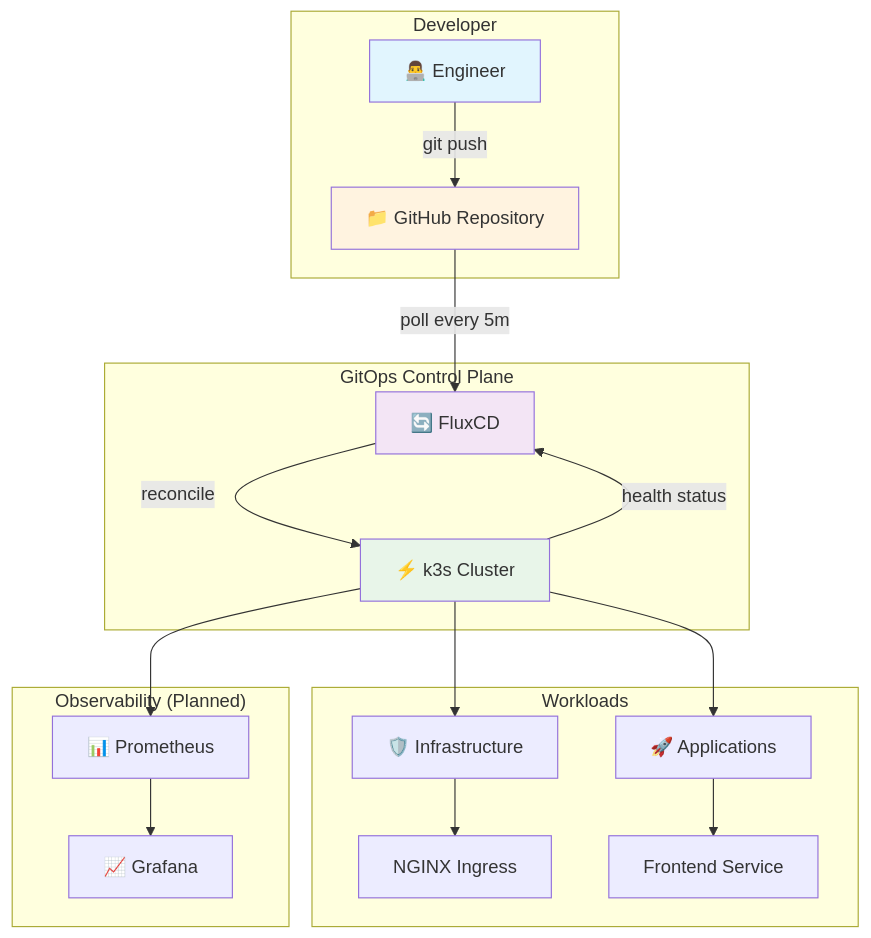
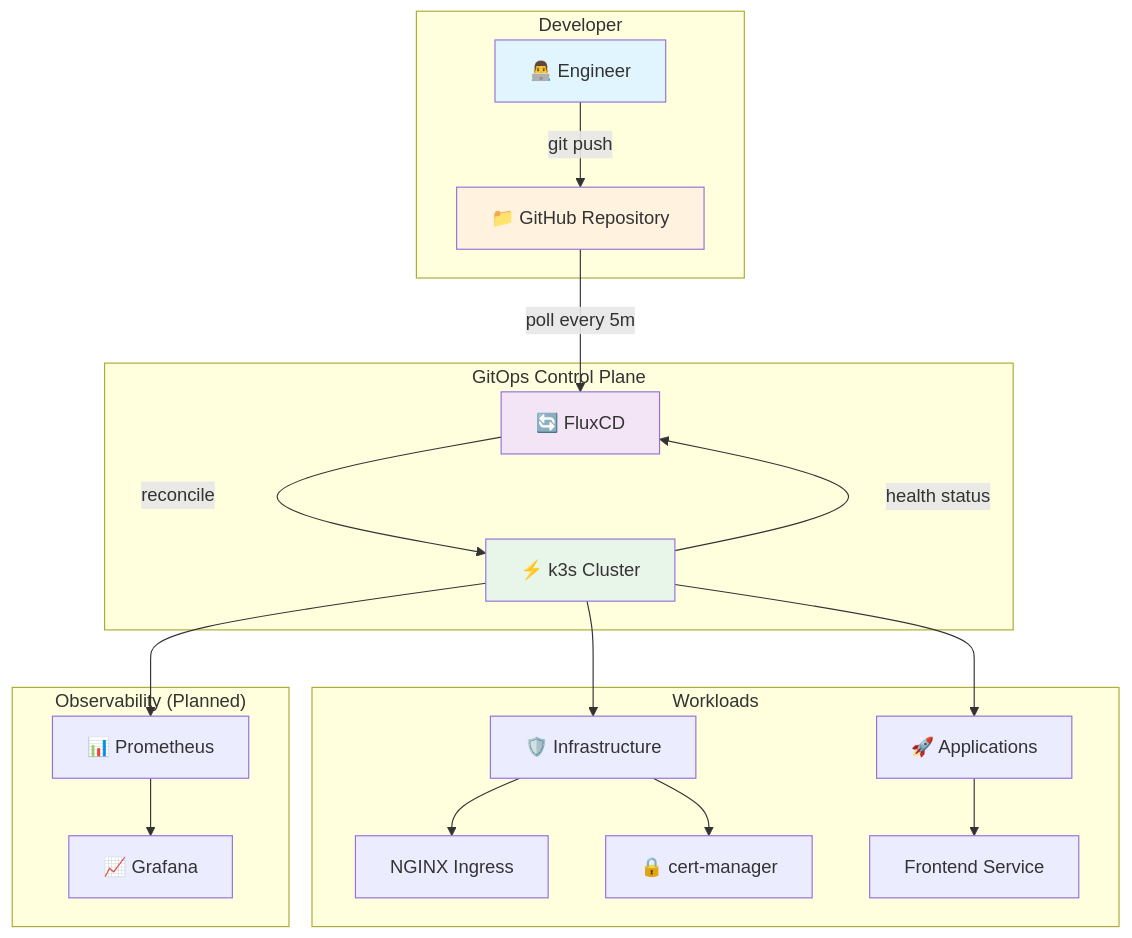
One commit to leeminluc/sre-platform-lab changed the first of 2 diagrams in README.md. Above: the diagram before and after it, drawn with Mermaid. The commit also changed other lines of this file and 20 other files, not shown here.

Commit message:
feat(m2): add NGINX ingress, cert-manager, HPA, PDB, network policies, overlays

````diff
--- a/README.md
+++ b/README.md
@@ -11,29 +11,30 @@
 ```mermaid
 graph TB
     subgraph "Developer"
         Dev[👨‍💻 Engineer] -->|git push| Repo[📁 GitHub Repository]
     end
 
     subgraph "GitOps Control Plane"
         Repo -->|poll every 5m| Flux[🔄 FluxCD]
         Flux -->|reconcile| K3s[⚡ k3s Cluster]
         K3s -->|health status| Flux
     end
 
     subgraph "Workloads"
         K3s --> Infra[🛡️ Infrastructure]
         K3s --> Apps[🚀 Applications]
         Infra --> Ingress[NGINX Ingress]
+        Infra --> CertMgr[🔒 cert-manager]
         Apps --> Frontend[Frontend Service]
     end
 
     subgraph "Observability (Planned)"
         K3s --> Prom[📊 Prometheus]
         Prom --> Grafana[📈 Grafana]
     end
 
     style Dev fill:#e1f5fe
     style Repo fill:#fff3e0
     style Flux fill:#f3e5f5
     style K3s fill:#e8f5e9
 ```
````
